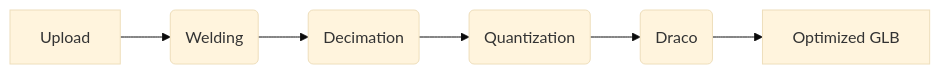
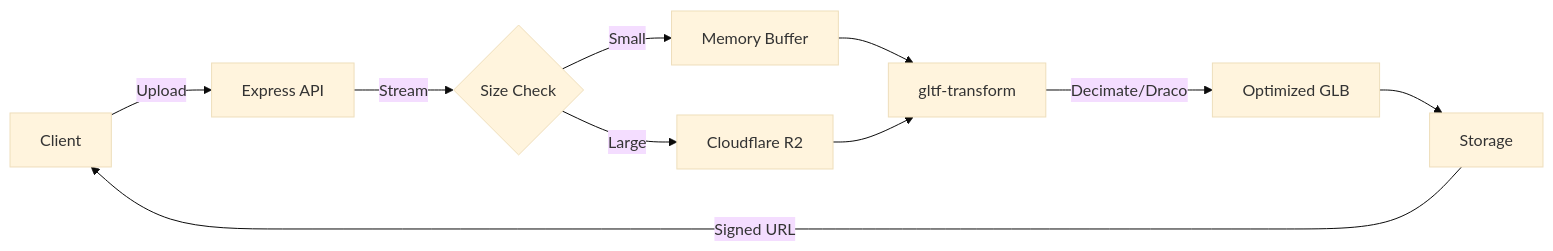
One commit to Microck/glob changed the diagram in README.md. Above: the diagram before and after it, drawn with Mermaid (base theme). The commit also changed other lines of this file, not shown here.

````diff
--- a/README.md
+++ b/README.md
@@ -61,8 +89,11 @@
 ```mermaid
 flowchart LR
-    A[Upload] --> B(Welding)
-    B --> C(Decimation)
-    C --> D(Quantization)
-    D --> E(Draco)
-    E --> F[Optimized GLB]
+    A[Client] -->|Upload| B[Express API]
+    B -->|Stream| C{Size Check}
+    C -->|Small| D[Memory Buffer]
+    C -->|Large| E[Cloudflare R2]
+    D & E --> F[gltf-transform]
+    F -->|Decimate/Draco| G[Optimized GLB]
+    G --> H[Storage]
+    H -->|Signed URL| A
 ```
````
